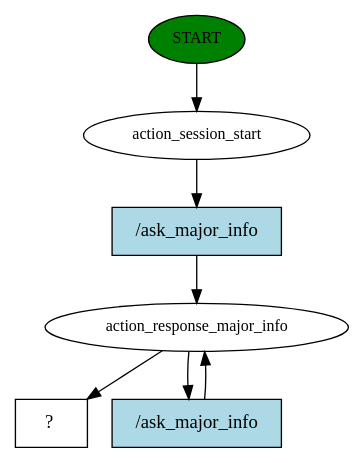
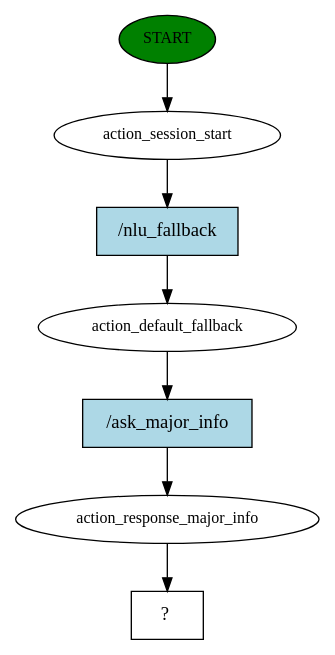
Before and after one commit to Jester6136/Edubot: the diagram in story_graph.dot, drawn with Graphviz. The commit also changed 7 other files, not shown here.

```diff
--- a/story_graph.dot
+++ b/story_graph.dot
@@ -1,14 +1,15 @@
 digraph  {
 0 [class="start active", fillcolor=green, fontsize=12, label=START, style=filled];
 1 [class=active, fontsize=12, label=action_session_start];
-2 [class=active, fontsize=12, label=action_response_major_info];
+2 [class=active, fontsize=12, label=action_default_fallback];
+3 [class=active, fontsize=12, label=action_response_major_info];
 4 [class="intent dashed active", label="  ?  ", shape=rect];
-5 [class="intent active", fillcolor=lightblue, label="/ask_major_info", shape=rect, style=filled];
+5 [class="intent active", fillcolor=lightblue, label="/nlu_fallback", shape=rect, style=filled];
 6 [class="intent active", fillcolor=lightblue, label="/ask_major_info", shape=rect, style=filled];
 0 -> 1  [class=active, key=NONE, label=""];
 1 -> 5  [class=active, key=0];
-2 -> 4  [class=active, key=NONE, label=""];
 2 -> 6  [class=active, key=0];
+3 -> 4  [class=active, key=NONE, label=""];
 5 -> 2  [class=active, key=0];
-6 -> 2  [class=active, key=0];
+6 -> 3  [class=active, key=0];
 }
```
